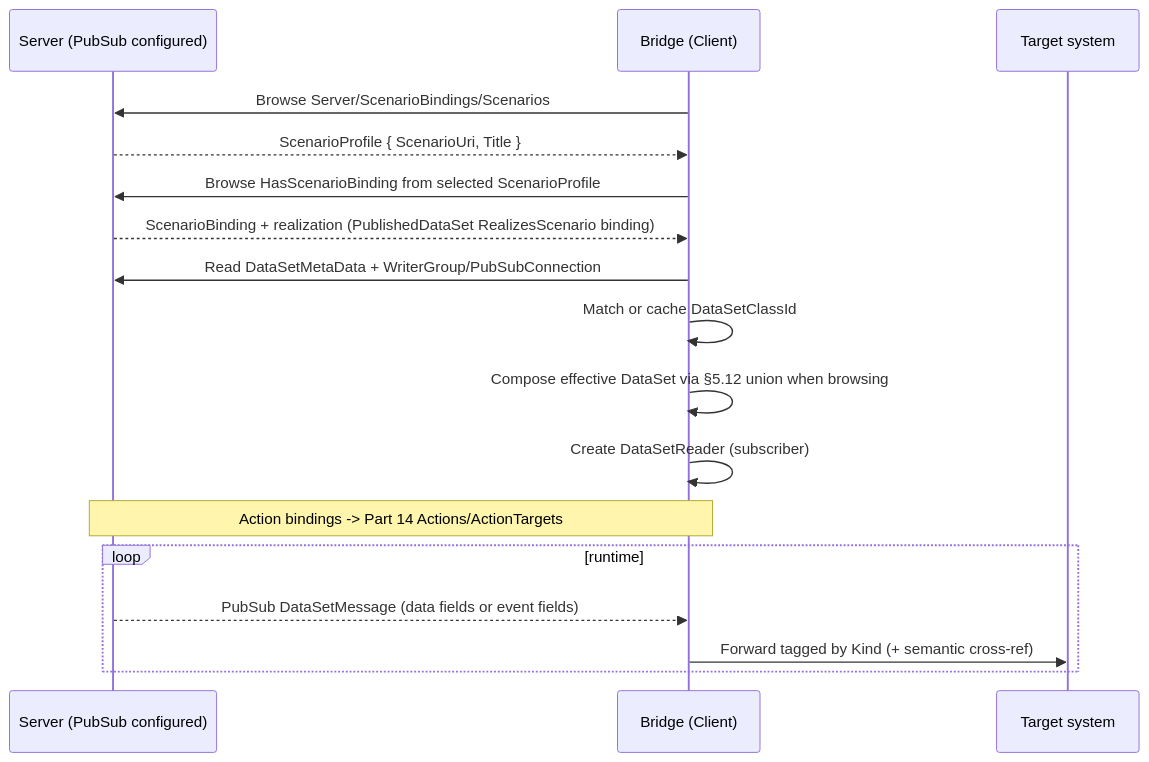
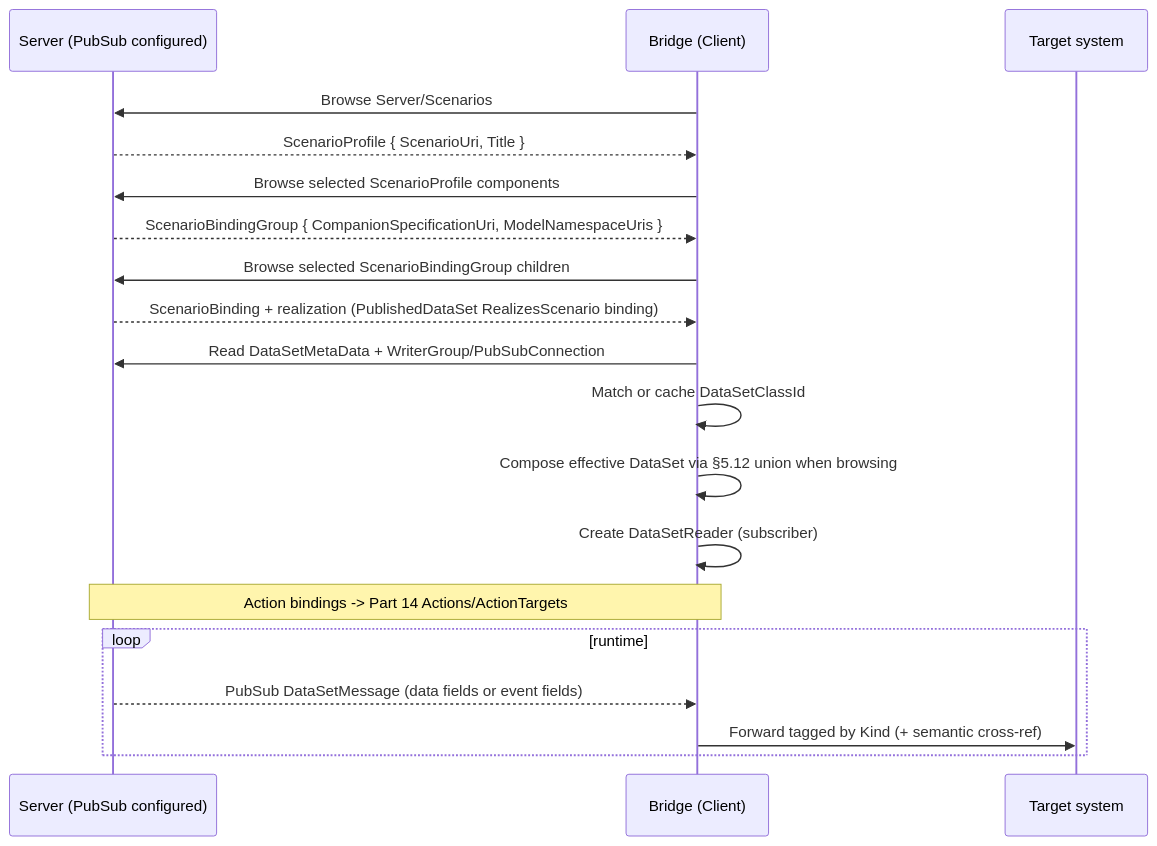
The fifth of 5 diagrams in core-specs/scenario-binding/OPC-UA-Scenario-Bindings.md (marcschier/opcua-drafts), drawn with Mermaid before and after one commit. The commit also changed other lines of this file and 13 other files, not shown here.

````diff
--- a/core-specs/scenario-binding/OPC-UA-Scenario-Bindings.md
+++ b/core-specs/scenario-binding/OPC-UA-Scenario-Bindings.md
@@ -470,19 +491,21 @@
 ```mermaid
 sequenceDiagram
   participant S as Server (PubSub configured)
   participant B as Bridge (Client)
   participant X as Target system
-  B->>S: Browse Server/ScenarioBindings/Scenarios
+  B->>S: Browse Server/Scenarios
   S-->>B: ScenarioProfile { ScenarioUri, Title }
-  B->>S: Browse HasScenarioBinding from selected ScenarioProfile
+  B->>S: Browse selected ScenarioProfile components
+  S-->>B: ScenarioBindingGroup { CompanionSpecificationUri, ModelNamespaceUris }
+  B->>S: Browse selected ScenarioBindingGroup children
   S-->>B: ScenarioBinding + realization (PublishedDataSet RealizesScenario binding)
   B->>S: Read DataSetMetaData + WriterGroup/PubSubConnection
   B->>B: Match or cache DataSetClassId
   B->>B: Compose effective DataSet via §5.12 union when browsing
   B->>B: Create DataSetReader (subscriber)
   Note over S,B: Action bindings -> Part 14 Actions/ActionTargets
   loop runtime
     S-->>B: PubSub DataSetMessage (data fields or event fields)
     B->>X: Forward tagged by Kind (+ semantic cross-ref)
   end
 ```
````
